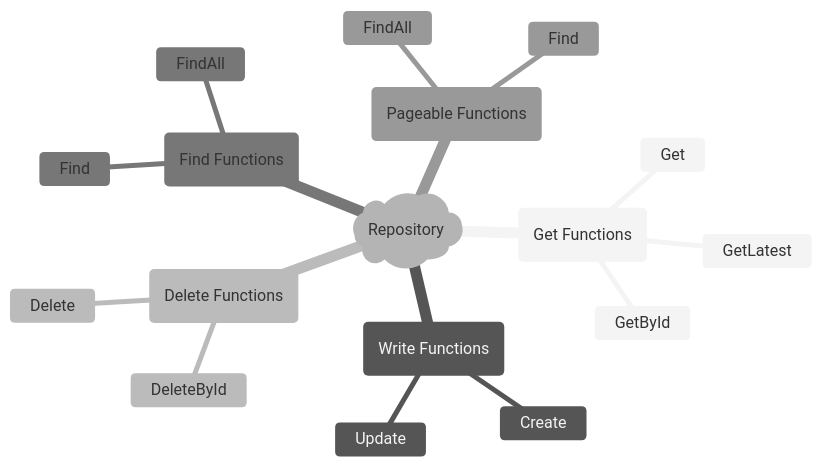
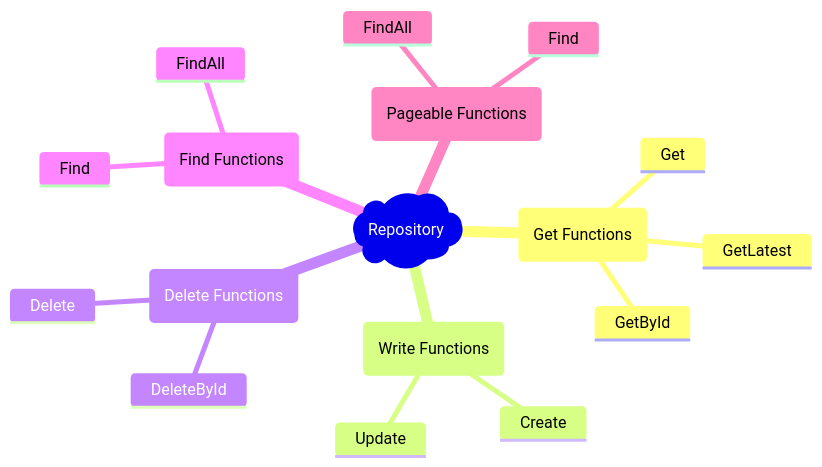
The diagram in README.md (gsdenys/gormet), drawn with Mermaid before and after one commit.

````diff
--- a/README.md
+++ b/README.md
@@ -21,22 +21,21 @@
 ```mermaid
-%%{init: {'theme':'neutral'}}%%
 mindmap
   root)Repository(
     (Get Functions)
       Get
       GetById
       GetLatest
     (Write Functions)
       Create
       Update
     (Delete Functions)
       Delete
       DeleteById
     (Find Functions)
       Find
       FindAll
     (Pageable Functions)
       Find
       FindAll
 
 ```
````
